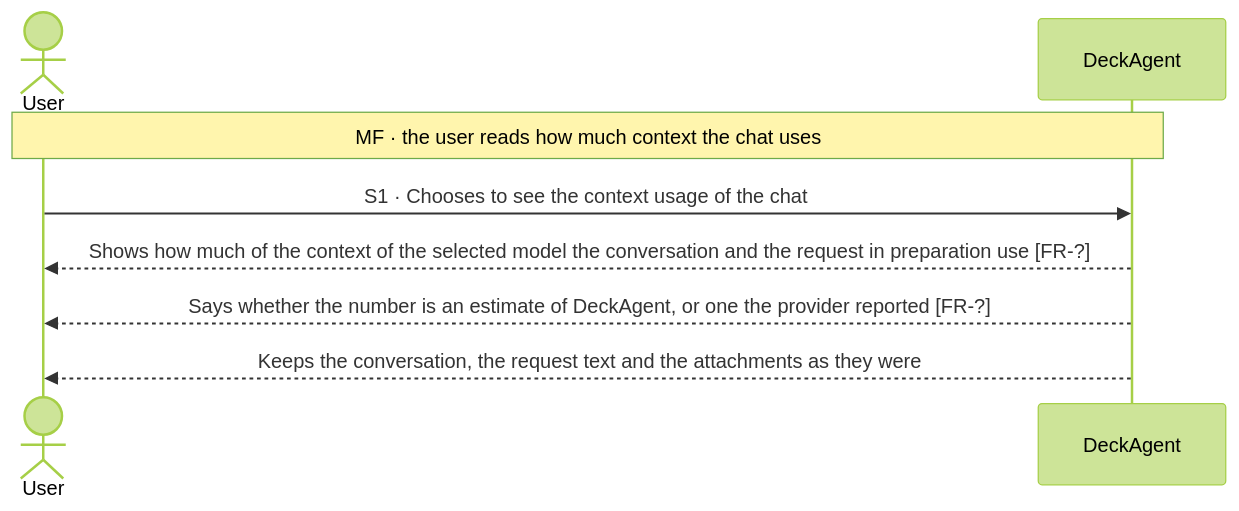
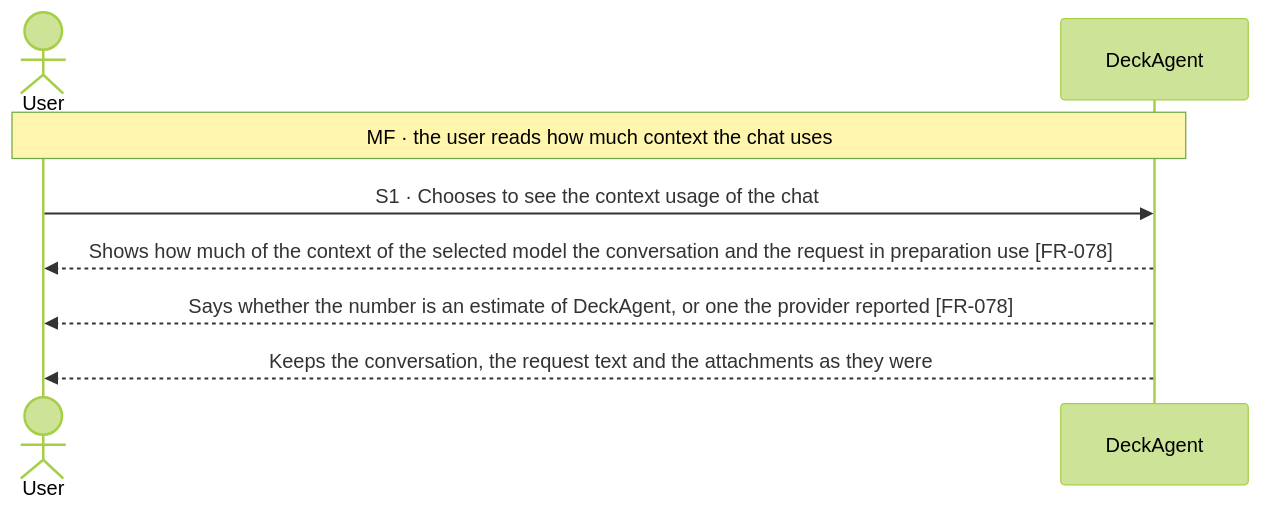
The first of 2 diagrams in docs/spec/03-use-cases/UC-015.md (Luke23127006/DeckAgent), drawn with Mermaid (forest theme) before and after one commit. The commit also changed other lines of this file and 128 other files, not shown here.

````diff
--- a/docs/spec/03-use-cases/UC-015.md
+++ b/docs/spec/03-use-cases/UC-015.md
@@ -41,10 +39,10 @@
 ```mermaid
 sequenceDiagram
     actor User
     participant DeckAgent
     Note over User,DeckAgent: MF · the user reads how much context the chat uses
     User->>DeckAgent: S1 · Chooses to see the context usage of the chat
-    DeckAgent-->>User: Shows how much of the context of the selected model the conversation and the request in preparation use [FR-?]
-    DeckAgent-->>User: Says whether the number is an estimate of DeckAgent, or one the provider reported [FR-?]
+    DeckAgent-->>User: Shows how much of the context of the selected model the conversation and the request in preparation use [FR-078]
+    DeckAgent-->>User: Says whether the number is an estimate of DeckAgent, or one the provider reported [FR-078]
     DeckAgent-->>User: Keeps the conversation, the request text and the attachments as they were
 ```
````
